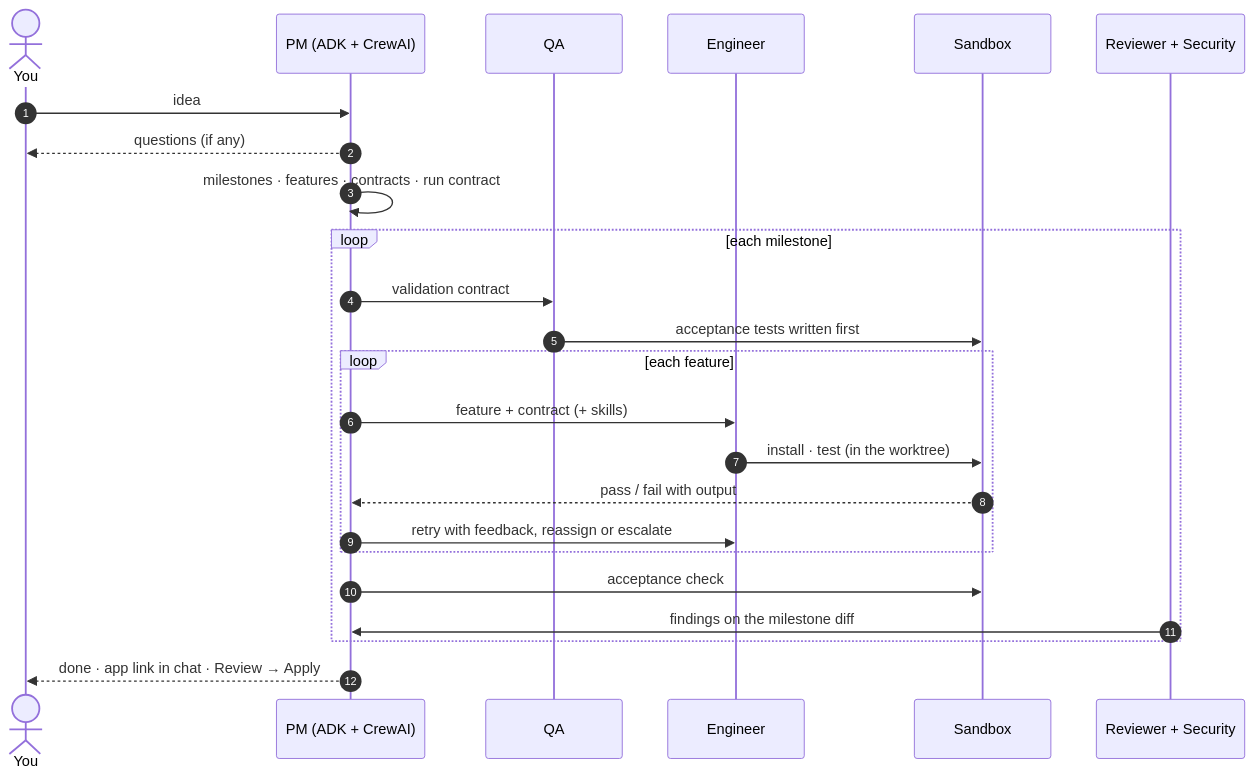
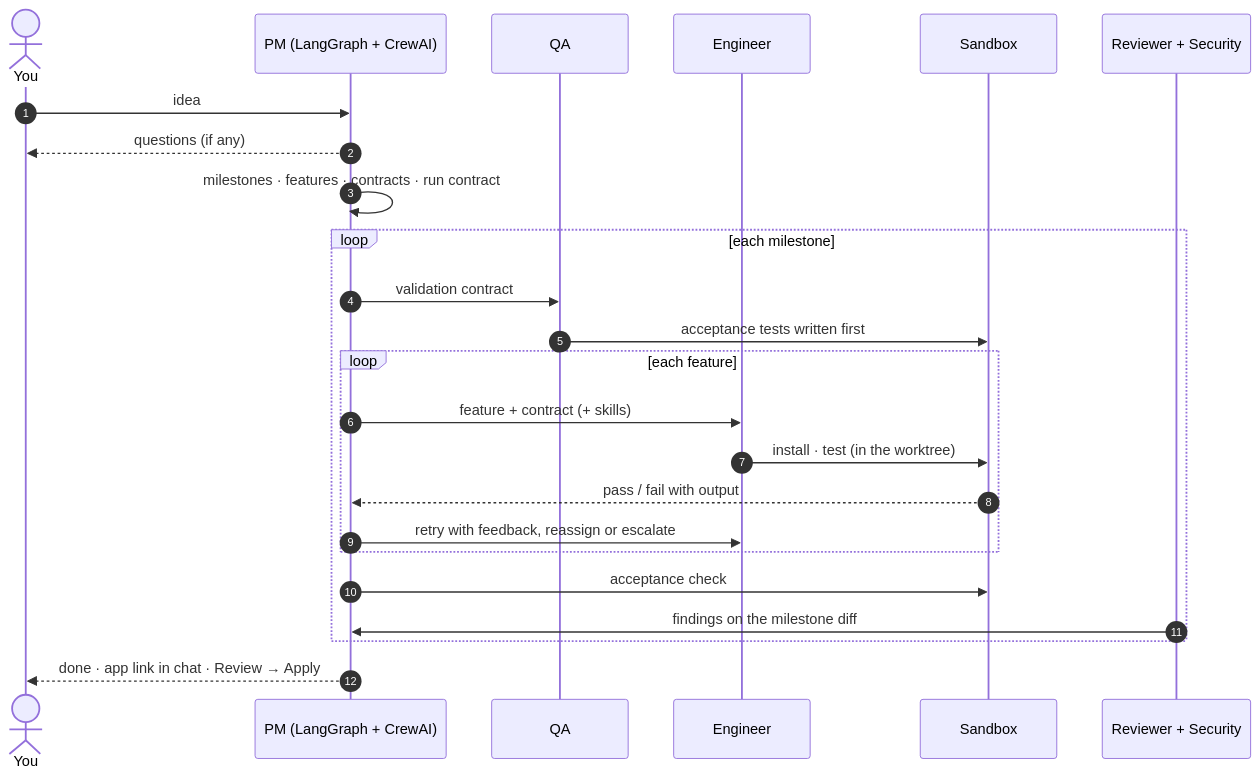
The third of 3 diagrams in README.md (shreytiwari09/HEX-MIND), drawn with Mermaid before and after one commit. The commit also changed other lines of this file and 50 other files, not shown here.

First line of the commit message:
Replace Google ADK with LangGraph; remove cloud from scope (D87, D88)

````diff
--- a/README.md
+++ b/README.md
@@ -193,27 +193,27 @@
 ```mermaid
 sequenceDiagram
     autonumber
     actor You
-    participant PM as PM (ADK + CrewAI)
+    participant PM as PM (LangGraph + CrewAI)
     participant QA
     participant Eng as Engineer
     participant SB as Sandbox
     participant Val as Reviewer + Security
 
     You->>PM: idea
     PM-->>You: questions (if any)
     PM->>PM: milestones · features · contracts · run contract
     loop each milestone
         PM->>QA: validation contract
         QA->>SB: acceptance tests written first
         loop each feature
             PM->>Eng: feature + contract (+ skills)
             Eng->>SB: install · test (in the worktree)
             SB-->>PM: pass / fail with output
             PM->>Eng: retry with feedback, reassign or escalate
         end
         PM->>SB: acceptance check
         Val->>PM: findings on the milestone diff
     end
     PM-->>You: done · app link in chat · Review → Apply
 ```
````
